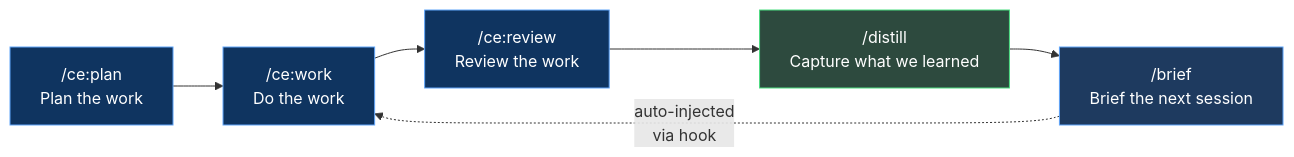
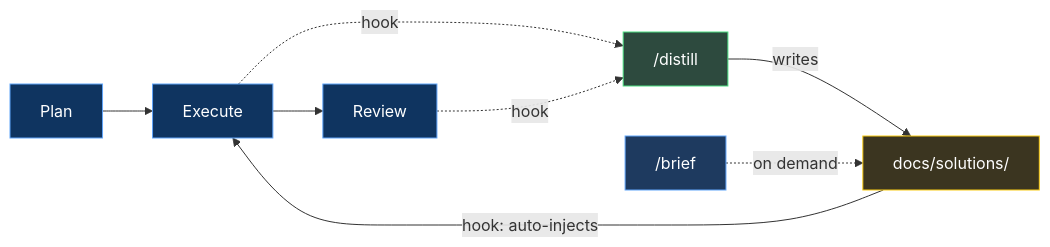
Before and after one commit to mbriggsy/ai-learning-journey: the third of 3 diagrams in research/distill-and-brief/distill-and-brief.md, drawn with Mermaid. The commit also changed other lines of this file and 1 other file, not shown here.

First line of the commit message:
docs: showcase doc revisions + hook ce:work for distill

````diff
--- a/research/distill-and-brief/distill-and-brief.md
+++ b/research/distill-and-brief/distill-and-brief.md
@@ -187,14 +174,20 @@
 ```mermaid
 flowchart LR
-    PLAN["/ce:plan\nPlan the work"] --> WORK["/ce:work\nDo the work"]
-    WORK --> REVIEW["/ce:review\nReview the work"]
-    REVIEW --> DISTILL["/distill\nCapture what we learned"]
-    DISTILL --> BRIEF["/brief\nBrief the next session"]
-    BRIEF -.->|"auto-injected\nvia hook"| WORK
+    PLAN["Plan"] --> EXECUTE["Execute"]
+    EXECUTE --> REVIEW["Review"]
+
+    EXECUTE -.->|"hook"| DISTILL["/distill"]
+    REVIEW -.->|"hook"| DISTILL
+
+    DISTILL -->|"writes"| KB["docs/solutions/"]
+    KB -->|"hook: auto-injects"| EXECUTE
+
+    BRIEF["/brief"] -.->|"on demand"| KB
 
     style PLAN fill:#0f3460,stroke:#60a5fa,color:#fff
-    style WORK fill:#0f3460,stroke:#60a5fa,color:#fff
+    style EXECUTE fill:#0f3460,stroke:#60a5fa,color:#fff
     style REVIEW fill:#0f3460,stroke:#60a5fa,color:#fff
     style DISTILL fill:#2d4a3e,stroke:#4ade80,color:#fff
+    style KB fill:#3b3520,stroke:#facc15,color:#fff
     style BRIEF fill:#1e3a5f,stroke:#60a5fa,color:#fff
 ```
````
